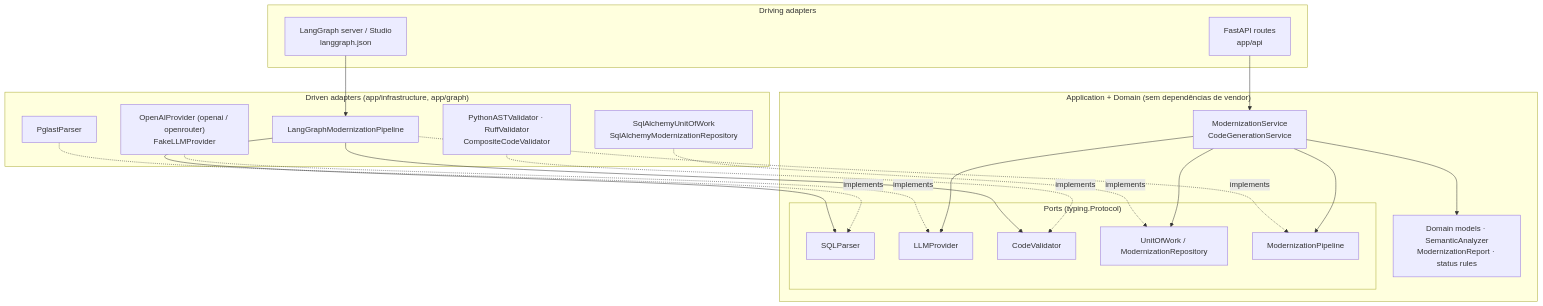
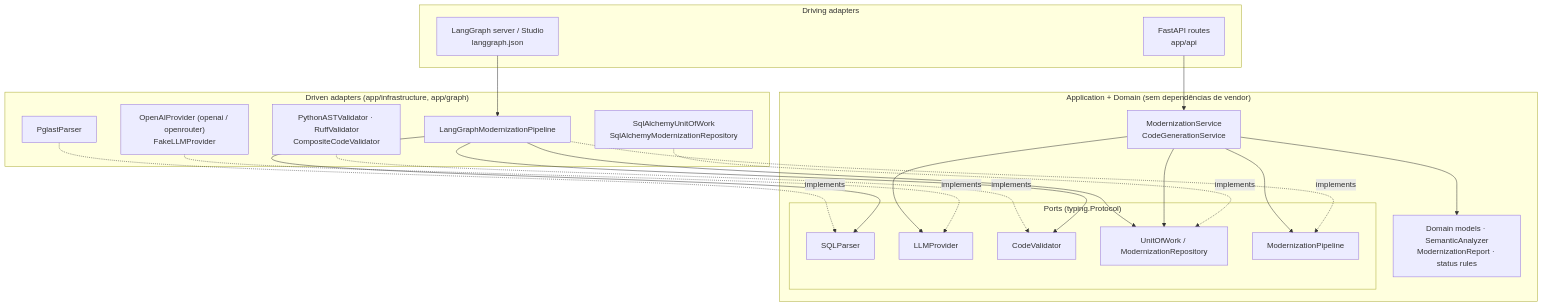
Before and after one commit to pedro-nuness/desafio-tecnico-sql-python: the second of 3 diagrams in README.md, drawn with Mermaid. The commit also changed other lines of this file and 35 other files, not shown here.

````diff
--- a/README.md
+++ b/README.md
@@ -148,41 +173,42 @@
 ```mermaid
 flowchart TB
     subgraph Driving["Driving adapters"]
         FASTAPI["FastAPI routes<br/>app/api"]
         LGCLI["LangGraph server / Studio<br/>langgraph.json"]
     end
 
     subgraph Core["Application + Domain (sem dependências de vendor)"]
         SVC["ModernizationService<br/>CodeGenerationService"]
         DOM["Domain models · SemanticAnalyzer<br/>ModernizationReport · status rules"]
         subgraph Ports["Ports (typing.Protocol)"]
             P1["SQLParser"]
             P2["LLMProvider"]
             P3["CodeValidator"]
             P4["UnitOfWork / ModernizationRepository"]
             P5["ModernizationPipeline"]
         end
     end
 
     subgraph Driven["Driven adapters (app/infrastructure, app/graph)"]
         A1["PglastParser"]
         A2["OpenAIProvider (openai / openrouter)<br/>FakeLLMProvider"]
         A3["PythonASTValidator · RuffValidator<br/>CompositeCodeValidator"]
         A4["SqlAlchemyUnitOfWork<br/>SqlAlchemyModernizationRepository"]
         A5["LangGraphModernizationPipeline"]
     end
 
     FASTAPI --> SVC
     LGCLI --> A5
+    A5 --> P4
     SVC --> DOM
     SVC --> P4
     SVC --> P5
     SVC --> P2
     A1 -. implements .-> P1
     A2 -. implements .-> P2
     A3 -. implements .-> P3
     A4 -. implements .-> P4
     A5 -. implements .-> P5
     A5 --> P1
     A5 --> P3
 ```
````
